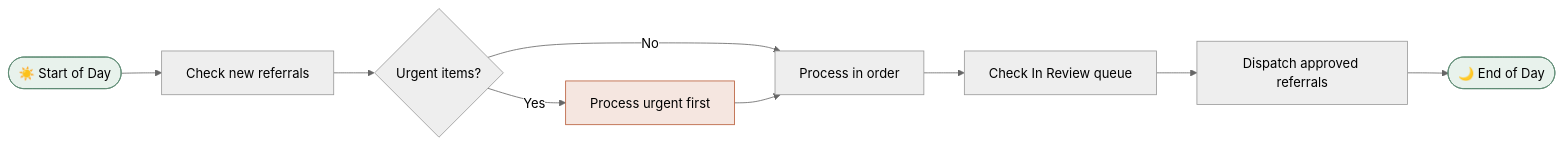
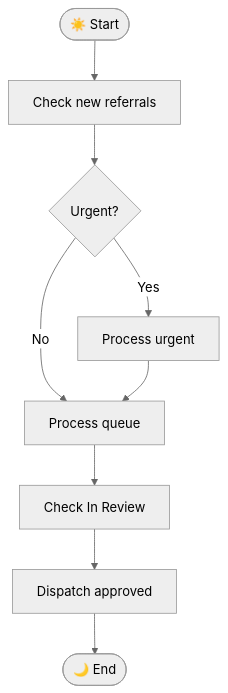
One commit to manaaki-tech/manaakicare-docs changed the fifth of 8 diagrams in docs/getting-started/workflow-overview.mdx. Above: the diagram before and after it, drawn with Mermaid (neutral theme). The commit also changed other lines of this file and 4 other files, not shown here.

````diff
--- a/docs/getting-started/workflow-overview.mdx
+++ b/docs/getting-started/workflow-overview.mdx
@@ -208,15 +197,20 @@
 ```mermaid
-flowchart LR
-    start(["☀️ Start of Day"]) --> check["Check new referrals"]
-    check --> urgent{"Urgent items?"}
-    urgent -->|"Yes"| process_urgent["Process urgent first"]
-    urgent -->|"No"| process_queue["Process in order"]
+flowchart TB
+    start(["☀️ Start"])
+    check["Check new referrals"]
+    urgent{"Urgent?"}
+    process_urgent["Process urgent"]
+    process_queue["Process queue"]
+    review["Check In Review"]
+    dispatch["Dispatch approved"]
+    end_day(["🌙 End"])
+
+    start --> check
+    check --> urgent
+    urgent -->|"Yes"| process_urgent
+    urgent -->|"No"| process_queue
     process_urgent --> process_queue
-    process_queue --> review["Check In Review queue"]
-    review --> dispatch["Dispatch approved referrals"]
-    dispatch --> end_day(["🌙 End of Day"])
-
-    style start fill:#E8F2EC,stroke:#5C8A72
-    style end_day fill:#E8F2EC,stroke:#5C8A72
-    style process_urgent fill:#F5E6E0,stroke:#B85C38
+    process_queue --> review
+    review --> dispatch
+    dispatch --> end_day
 ```
````
